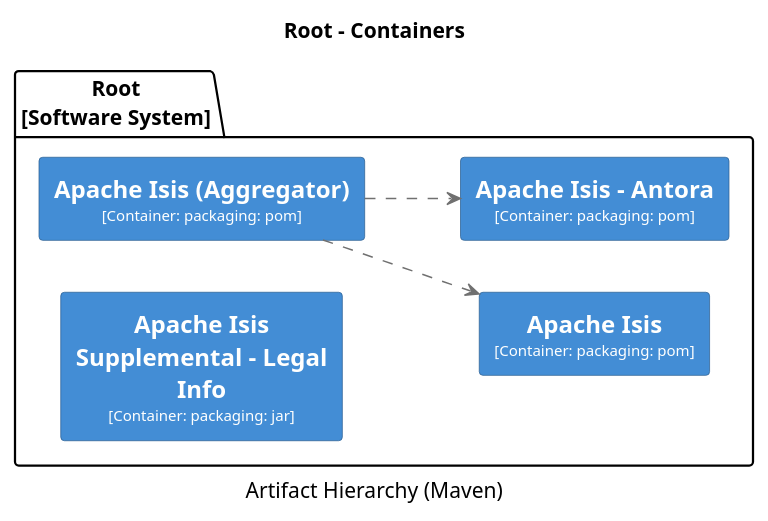
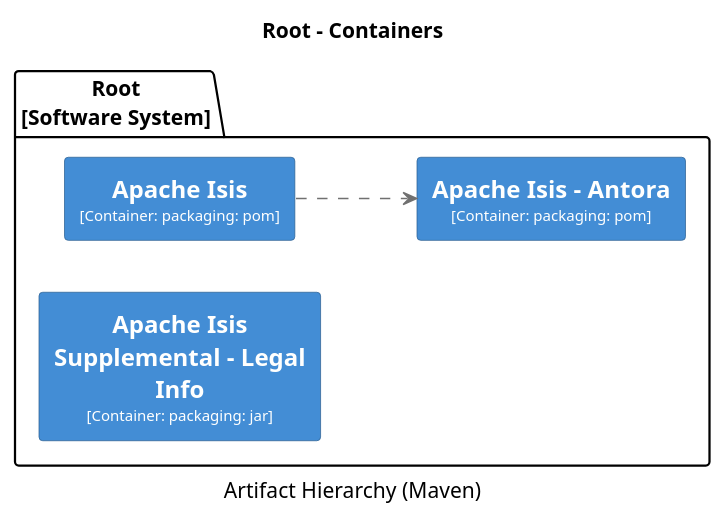
Before and after one commit to apache/causeway: the fifth of 38 diagrams in core/adoc/modules/_overview/pages/about.adoc, drawn with PlantUML. The commit also changed other lines of this file and 130 other files, not shown here.

Commit message:
ISIS-2932: [antora] auto-update site docs

```diff
--- a/core/adoc/modules/_overview/pages/about.adoc
+++ b/core/adoc/modules/_overview/pages/about.adoc
@@ -919,45 +1165,38 @@
 [plantuml,Root,svg]
 ----
 @startuml(id=Root)
 title Root - Containers
 caption Artifact Hierarchy (Maven)
 
 skinparam {
   shadowing false
   arrowFontSize 10
   defaultTextAlignment center
   wrapWidth 200
   maxMessageSize 100
 }
 hide stereotype
 left to right direction
 skinparam rectangle<<2>> {
   BackgroundColor #438dd5
   FontColor #fffffe
   BorderColor #2E6295
 }
 skinparam rectangle<<3>> {
   BackgroundColor #438dd5
   FontColor #fffffe
   BorderColor #2E6295
 }
 skinparam rectangle<<4>> {
   BackgroundColor #438dd5
   FontColor #fffffe
   BorderColor #2E6295
 }
-skinparam rectangle<<5>> {
-  BackgroundColor #438dd5
-  FontColor #fffffe
-  BorderColor #2E6295
+package "Root\n[Software System]" {
+  rectangle "==Apache Isis\n<size:10>[Container: packaging: pom]</size>" <<2>> as 2
+  rectangle "==Apache Isis - Antora\n<size:10>[Container: packaging: pom]</size>" <<3>> as 3
+  rectangle "==Apache Isis Supplemental - Legal Info\n<size:10>[Container: packaging: jar]</size>" <<4>> as 4
 }
-package "Root\n[Software System]" {
-  rectangle "==Apache Isis\n<size:10>[Container: packaging: pom]</size>" <<4>> as 4
-  rectangle "==Apache Isis (Aggregator)\n<size:10>[Container: packaging: pom]</size>" <<2>> as 2
-  rectangle "==Apache Isis - Antora\n<size:10>[Container: packaging: pom]</size>" <<3>> as 3
-  rectangle "==Apache Isis Supplemental - Legal Info\n<size:10>[Container: packaging: jar]</size>" <<5>> as 5
-}
-2 .[#707070].> 4 : ""
 2 .[#707070].> 3 : ""
 @enduml
 ----
```
